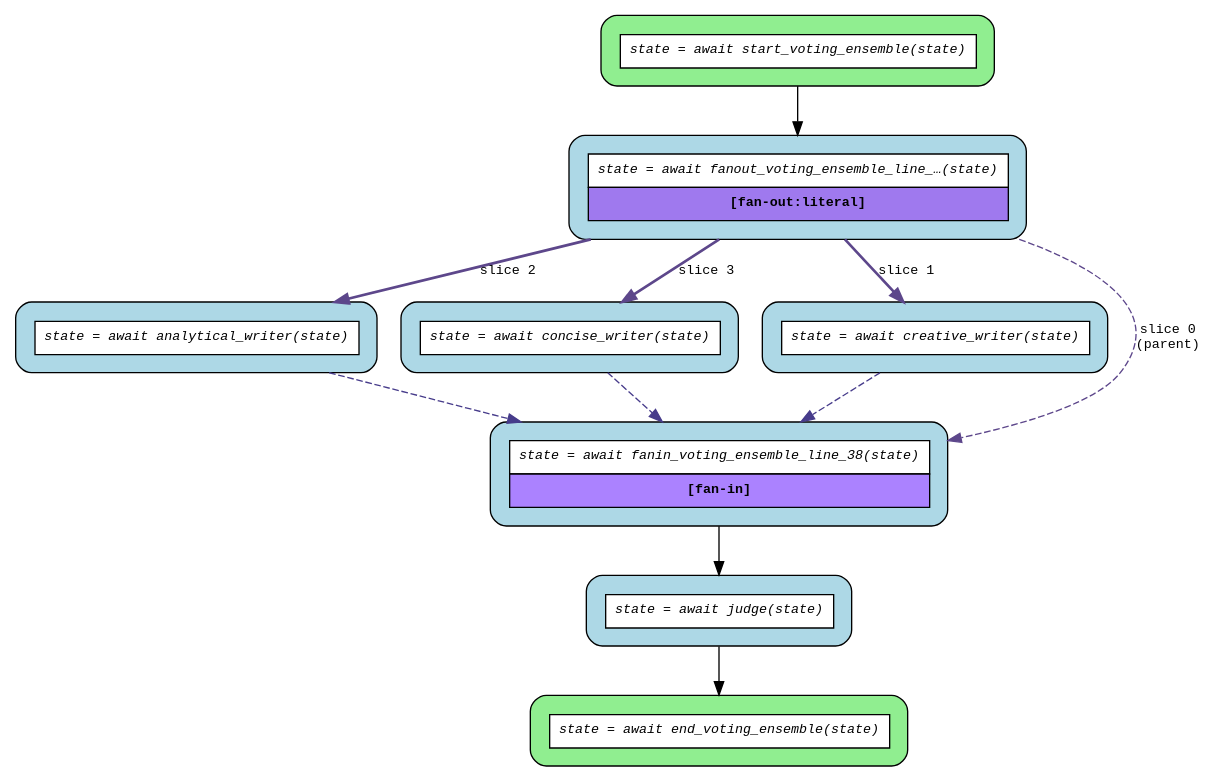
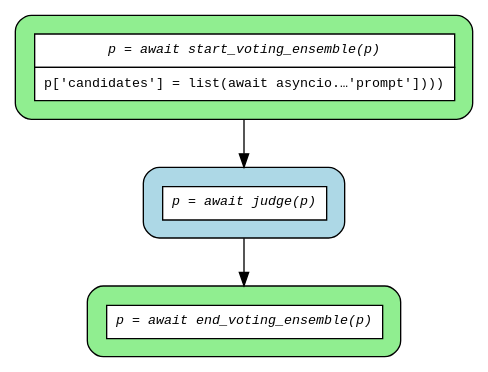
Before and after one commit to mrhillsman-enterprise-ai/asya: the diagram in examples/flows/agentic/compiled/voting_ensemble/flow.dot, drawn with Graphviz. The commit also changed 161 other files, not shown here.

First line of the commit message:
fix(flow-compiler): generate SVG instead of PNG for deterministic pre-commit flow diagrams [bvs4] (#302)

```diff
--- a/examples/flows/agentic/compiled/voting_ensemble/flow.dot
+++ b/examples/flows/agentic/compiled/voting_ensemble/flow.dot
@@ -1,26 +1,13 @@
 digraph flow {
   rankdir=TB;
   graph [fontname="Courier", fontsize=10];
   node [fontname="Courier", fontsize=10, shape=box, style="filled,rounded", margin="0.2"];
   edge [fontname="Courier", fontsize=10];
 
-  start_voting_ensemble [fillcolor="lightgreen", group="main", label=<<table border="0" cellspacing="0" cellpadding="6" cellborder="1"><tr><td bgcolor="white" align="center"><i>state = await start_voting_ensemble(state)</i></td></tr></table>>];
-  fanout_voting_ensemble_line_38 [fillcolor="lightblue", group="main", label=<<table border="0" cellspacing="0" cellpadding="6" cellborder="1"><tr><td bgcolor="white" align="center"><i>state = await fanout_voting_ensemble_line_…(state)</i></td></tr><tr><td bgcolor="mediumpurple2" align="center"><b>[fan-out:literal]</b></td></tr></table>>];
-  end_voting_ensemble [fillcolor="lightgreen", group="main", label=<<table border="0" cellspacing="0" cellpadding="6" cellborder="1"><tr><td bgcolor="white" align="center"><i>state = await end_voting_ensemble(state)</i></td></tr></table>>];
-  analytical_writer [fillcolor="lightblue", label=<<table border="0" cellspacing="0" cellpadding="6" cellborder="1"><tr><td bgcolor="white" align="center"><i>state = await analytical_writer(state)</i></td></tr></table>>];
-  concise_writer [fillcolor="lightblue", label=<<table border="0" cellspacing="0" cellpadding="6" cellborder="1"><tr><td bgcolor="white" align="center"><i>state = await concise_writer(state)</i></td></tr></table>>];
-  creative_writer [fillcolor="lightblue", label=<<table border="0" cellspacing="0" cellpadding="6" cellborder="1"><tr><td bgcolor="white" align="center"><i>state = await creative_writer(state)</i></td></tr></table>>];
-  fanin_voting_ensemble_line_38 [fillcolor="lightblue", label=<<table border="0" cellspacing="0" cellpadding="6" cellborder="1"><tr><td bgcolor="white" align="center"><i>state = await fanin_voting_ensemble_line_38(state)</i></td></tr><tr><td bgcolor="mediumpurple1" align="center"><b>[fan-in]</b></td></tr></table>>];
-  judge [fillcolor="lightblue", label=<<table border="0" cellspacing="0" cellpadding="6" cellborder="1"><tr><td bgcolor="white" align="center"><i>state = await judge(state)</i></td></tr></table>>];
+  start_voting_ensemble [fillcolor="lightgreen", group="main", label=<<table border="0" cellspacing="0" cellpadding="6" cellborder="1"><tr><td bgcolor="white" align="center"><i>p = await start_voting_ensemble(p)</i></td></tr><tr><td bgcolor="white" align="left">p['candidates'] = list(await asyncio.…'prompt'])))</td></tr></table>>];
+  end_voting_ensemble [fillcolor="lightgreen", group="main", label=<<table border="0" cellspacing="0" cellpadding="6" cellborder="1"><tr><td bgcolor="white" align="center"><i>p = await end_voting_ensemble(p)</i></td></tr></table>>];
+  judge [fillcolor="lightblue", label=<<table border="0" cellspacing="0" cellpadding="6" cellborder="1"><tr><td bgcolor="white" align="center"><i>p = await judge(p)</i></td></tr></table>>];
 
-  analytical_writer -> fanin_voting_ensemble_line_38 [color=slateblue4, style=dashed];
-  concise_writer -> fanin_voting_ensemble_line_38 [color=slateblue4, style=dashed];
-  creative_writer -> fanin_voting_ensemble_line_38 [color=slateblue4, style=dashed];
-  fanin_voting_ensemble_line_38 -> judge;
-  fanout_voting_ensemble_line_38 -> analytical_writer [color=mediumpurple4, label="slice 2", style=bold];
-  fanout_voting_ensemble_line_38 -> concise_writer [color=mediumpurple4, label="slice 3", style=bold];
-  fanout_voting_ensemble_line_38 -> creative_writer [color=mediumpurple4, label="slice 1", style=bold];
-  fanout_voting_ensemble_line_38 -> fanin_voting_ensemble_line_38 [color=mediumpurple4, label="slice 0\n(parent)", style=dashed];
   judge -> end_voting_ensemble;
-  start_voting_ensemble -> fanout_voting_ensemble_line_38;
+  start_voting_ensemble -> judge;
 }
```
